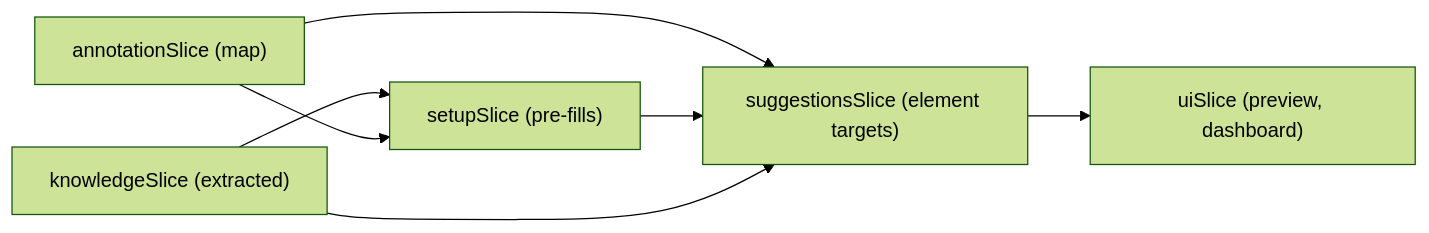
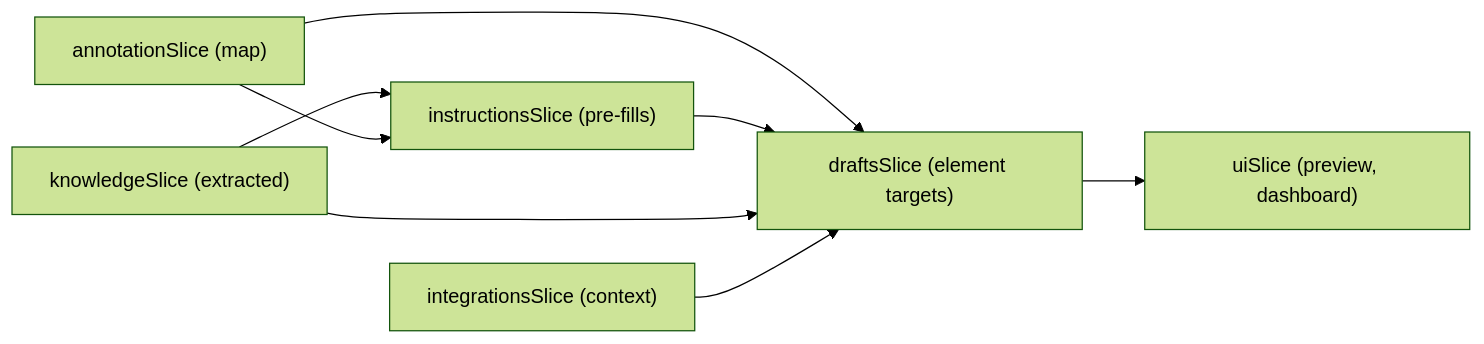
Before and after one commit to sumeetha/orbital.ai: the diagram in orbital-admin-prototype-spec.md, drawn with Mermaid (forest theme). The commit also changed other lines of this file and 14 other files, not shown here.

````diff
--- a/orbital-admin-prototype-spec.md
+++ b/orbital-admin-prototype-spec.md
@@ -688,9 +765,10 @@
 ```mermaid
 flowchart LR
-    Knowledge["knowledgeSlice (extracted)"] --> Setup["setupSlice (pre-fills)"]
-    Annotation["annotationSlice (map)"] --> Setup
-    Annotation --> Suggestions["suggestionsSlice (element targets)"]
-    Setup --> Suggestions
-    Knowledge --> Suggestions
-    Suggestions --> UI["uiSlice (preview, dashboard)"]
+    Knowledge["knowledgeSlice (extracted)"] --> Instructions["instructionsSlice (pre-fills)"]
+    Annotation["annotationSlice (map)"] --> Instructions
+    Annotation --> Drafts["draftsSlice (element targets)"]
+    Instructions --> Drafts
+    Knowledge --> Drafts
+    Integrations["integrationsSlice (context)"] --> Drafts
+    Drafts --> UI["uiSlice (preview, dashboard)"]
 ```
````
